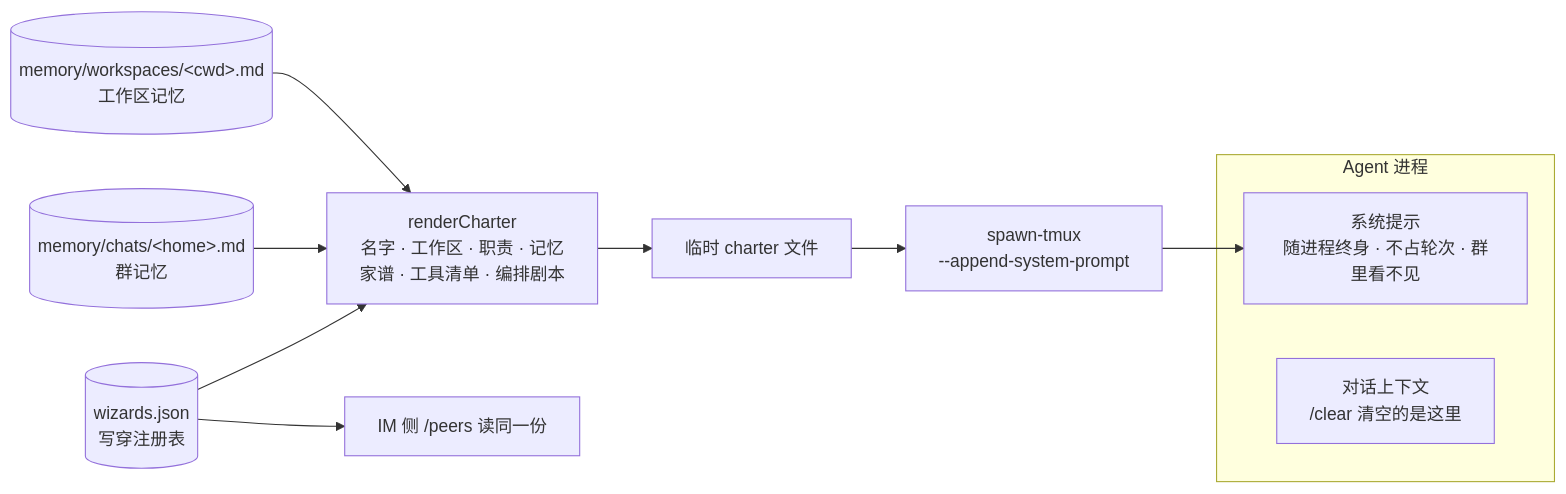
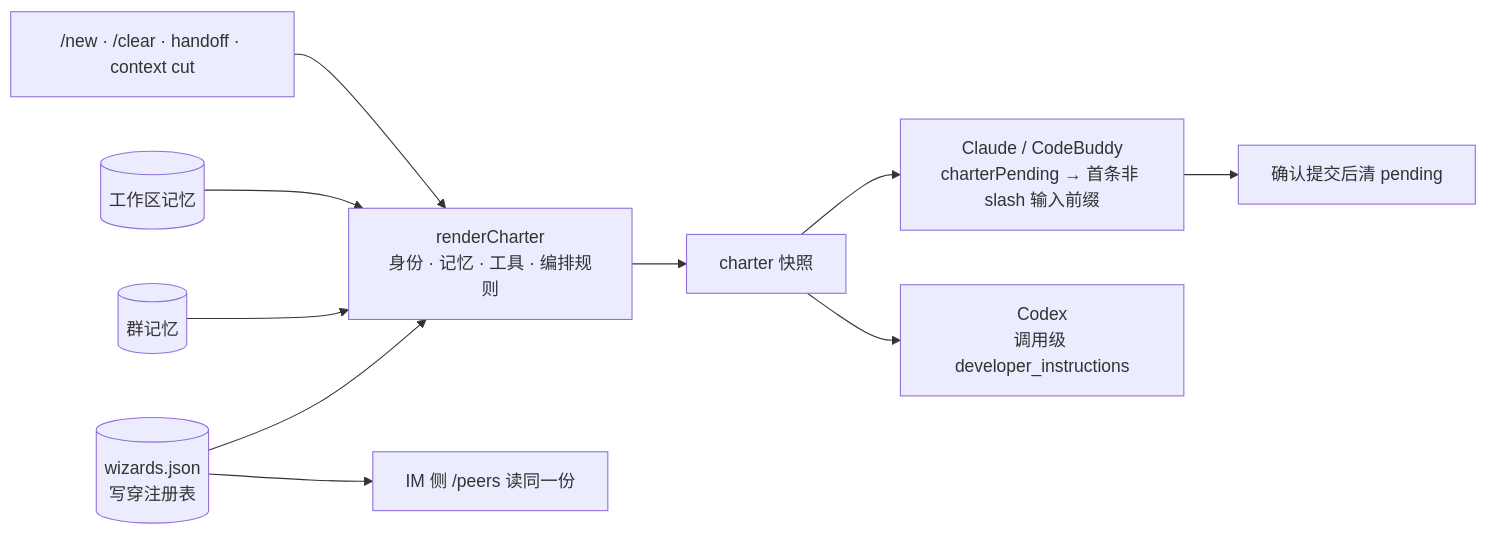
One commit to guxi11/wezard changed the fifth of 15 diagrams in 技术说明.md. Above: the diagram before and after it, drawn with Mermaid. The commit also changed other lines of this file and 45 other files, not shown here.

````diff
--- a/技术说明.md
+++ b/技术说明.md
@@ -154,14 +154,12 @@
 ```mermaid
 flowchart LR
-    reg[("wizards.json<br/>写穿注册表")] --> render["renderCharter<br/>名字 · 工作区 · 职责 · 记忆<br/>家谱 · 工具清单 · 编排剧本"]
-    cm[("memory/chats/&lt;home&gt;.md<br/>群记忆")] --> render
-    wm[("memory/workspaces/&lt;cwd&gt;.md<br/>工作区记忆")] --> render
-    render --> file["临时 charter 文件"]
-    file --> spawn["spawn-tmux<br/>--append-system-prompt"]
+    reg[("wizards.json<br/>写穿注册表")] --> render["renderCharter<br/>身份 · 记忆 · 工具 · 编排规则"]
+    cm[("群记忆")] --> render
+    wm[("工作区记忆")] --> render
+    render --> file["charter 快照"]
+    file --> pre["Claude / CodeBuddy<br/>charterPending → 首条非 slash 输入前缀"]
+    file --> native["Codex<br/>调用级 developer_instructions"]
+    pre --> ack["确认提交后清 pending"]
+    cut["/new · /clear · handoff · context cut"] --> render
     reg --> peers["IM 侧 /peers 读同一份"]
-    subgraph proc["Agent 进程"]
-        sys["系统提示<br/>随进程终身 · 不占轮次 · 群里看不见"]
-        ctx["对话上下文<br/>/clear 清空的是这里"]
-    end
-    spawn --> sys
 ```
````
